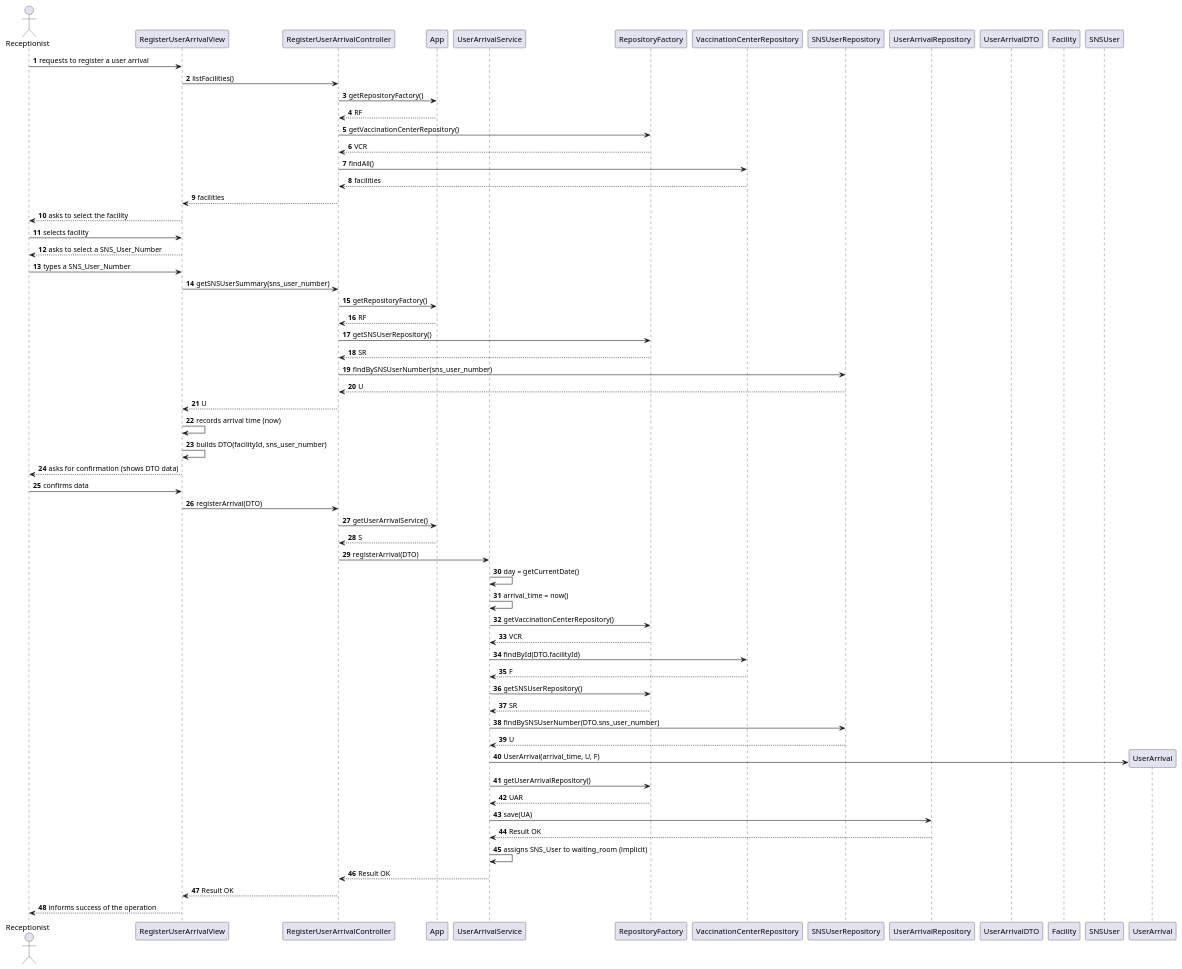
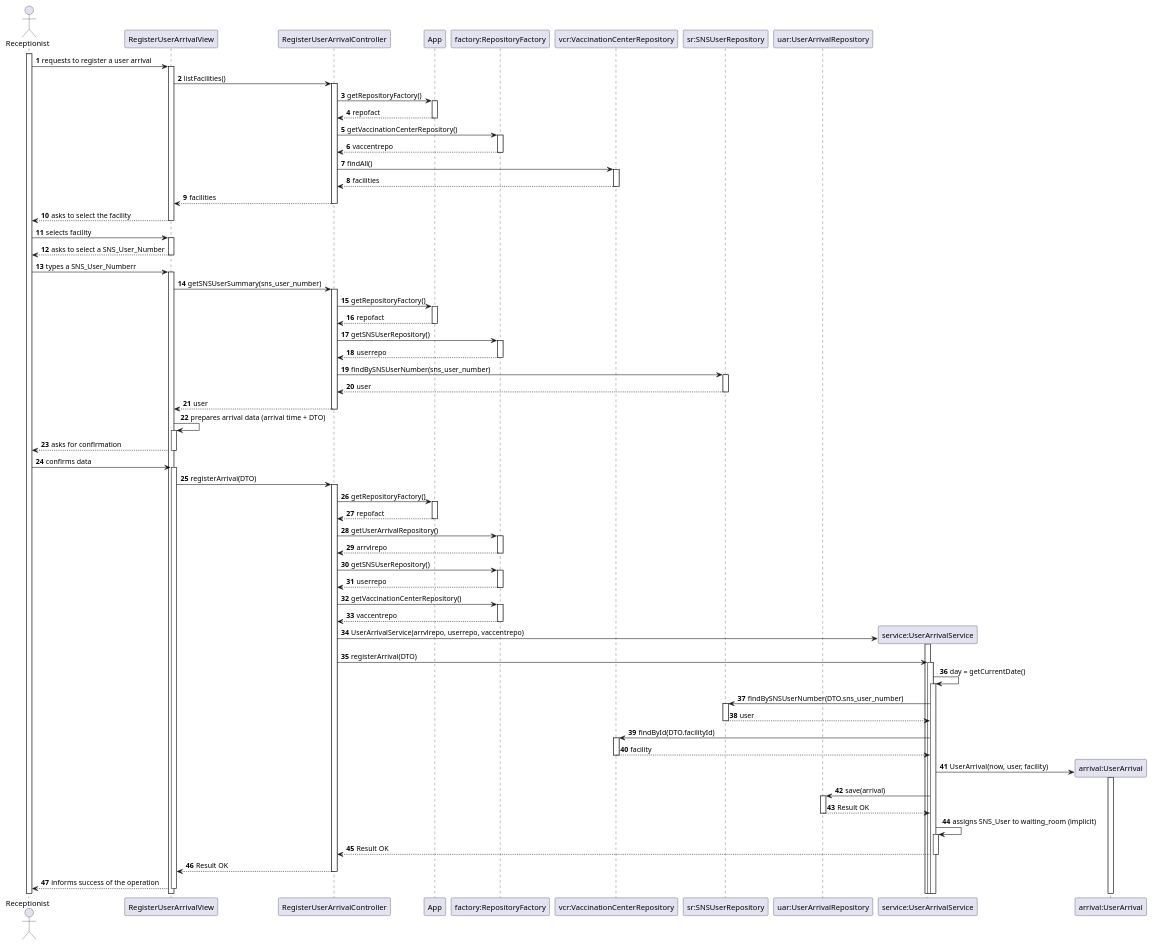
One commit to Parafita123/leti-esoft-25-26-B1 changed the diagram in docs/system-documentation/US22/puml/US22-SD.puml. Above: the diagram before and after it, drawn with PlantUML. The commit also changed 250 other files, not shown here.

Commit message:
US13 corrigida, criação do serviço na app e DTO usado na listagem de objetos, criaçao do diretorio de testes.

```diff
--- a/docs/system-documentation/US22/puml/US22-SD.puml
+++ b/docs/system-documentation/US22/puml/US22-SD.puml
@@ -1,86 +1,86 @@
 @startuml
-
+'https://plantuml.com/sequence-diagram
+autoactivate on
 autonumber
-actor Receptionist as R
-
-participant RegisterUserArrivalView as V
-participant RegisterUserArrivalController as C
-participant App as A
-participant UserArrivalService as S
-
-participant "RepositoryFactory" as RF
-participant "VaccinationCenterRepository" as VCR
-participant "SNSUserRepository" as SR
-participant "UserArrivalRepository" as UAR
-
-participant "UserArrivalDTO" as DTO
-participant "Facility" as F
-participant "SNSUser" as U
-participant "UserArrival" as UA
 
 
-R -> V: requests to register a user arrival
-V -> C: listFacilities()
-C -> A: getRepositoryFactory()
-A --> C: RF
-C -> RF: getVaccinationCenterRepository()
-RF --> C: VCR
-C -> VCR: findAll()
-VCR --> C: facilities
-C --> V: facilities
+actor Receptionist as recep
+participant RegisterUserArrivalView as View
+participant RegisterUserArrivalController as controller
+participant App as app
 
-V --> R: asks to select the facility
-R -> V: selects facility
+activate recep
+
+participant "factory:RepositoryFactory" as repofact
+participant "vcr:VaccinationCenterRepository" as vaccentrepo
+participant "sr:SNSUserRepository" as userrepo
+participant "uar:UserArrivalRepository" as arrvlrepo
+
+participant "service:UserArrivalService" as service
+participant "arrival:UserArrival" as arrival
 
 
-V --> R:  asks to select a SNS_User_Number
-R -> V: types a SNS_User_Number
+recep -> View: requests to register a user arrival
 
-V -> C: getSNSUserSummary(sns_user_number)
-C -> A: getRepositoryFactory()
-A --> C: RF
-C -> RF: getSNSUserRepository()
-RF --> C: SR
-C -> SR: findBySNSUserNumber(sns_user_number)
-SR --> C: U
-C --> V: U
+View -> controller: listFacilities()
+controller -> app: getRepositoryFactory()
+app --> controller: repofact
+controller -> repofact: getVaccinationCenterRepository()
+repofact --> controller: vaccentrepo
+controller -> vaccentrepo: findAll()
+vaccentrepo --> controller: facilities
+controller --> View: facilities
 
-V -> V: records arrival time (now)
+View --> recep: asks to select the facility
+recep -> View: selects facility
 
-V -> V: builds DTO(facilityId, sns_user_number)
-V --> R: asks for confirmation (shows DTO data)
-R -> V: confirms data
+View --> recep: asks to select a SNS_User_Number
+recep -> View:  types a SNS_User_Numberr
 
+View -> controller: getSNSUserSummary(sns_user_number)
+controller -> app: getRepositoryFactory()
+app --> controller: repofact
+controller -> repofact: getSNSUserRepository()
+repofact --> controller: userrepo
+controller -> userrepo: findBySNSUserNumber(sns_user_number)
+userrepo --> controller: user
+controller --> View: user
 
-V -> C: registerArrival(DTO)
-C -> A: getUserArrivalService()
-A --> C: S
-C -> S: registerArrival(DTO)
+View -> View: prepares arrival data (arrival time + DTO)
+View --> recep: asks for confirmation
+recep -> View: confirms data
 
-S -> S: day = getCurrentDate()
-S -> S: arrival_time = now()
+View -> controller: registerArrival(DTO)
 
-S -> RF: getVaccinationCenterRepository()
-RF --> S: VCR
-S -> VCR: findById(DTO.facilityId)
-VCR --> S: F
+controller -> app: getRepositoryFactory()
+app --> controller: repofact
+controller -> repofact: getUserArrivalRepository()
+repofact --> controller: arrvlrepo
+controller -> repofact: getSNSUserRepository()
+repofact --> controller: userrepo
+controller -> repofact: getVaccinationCenterRepository()
+repofact --> controller: vaccentrepo
 
-S -> RF: getSNSUserRepository()
-RF --> S: SR
-S -> SR: findBySNSUserNumber(DTO.sns_user_number)
-SR --> S: U
+create service
+controller -> service: UserArrivalService(arrvlrepo, userrepo, vaccentrepo)
 
-create UA
-S -> UA: UserArrival(arrival_time, U, F)
+controller -> service: registerArrival(DTO)
 
-S -> RF: getUserArrivalRepository()
-RF --> S: UAR
-S -> UAR: save(UA)
-UAR --> S: Result OK
+service -> service: day = getCurrentDate()
+service -> userrepo: findBySNSUserNumber(DTO.sns_user_number)
+userrepo --> service: user
+service -> vaccentrepo: findById(DTO.facilityId)
+vaccentrepo --> service: facility
 
-S -> S: assigns SNS_User to waiting_room (implicit)
-S --> C: Result OK
-C --> V: Result OK
-V --> R: informs success of the operation
+create arrival
+service -> arrival: UserArrival(now, user, facility)
+
+service -> arrvlrepo: save(arrival)
+arrvlrepo --> service: Result OK
+
+service -> service: assigns SNS_User to waiting_room (implicit)
+service --> controller: Result OK
+controller --> View: Result OK
+View --> recep: informs success of the operation
 
 @enduml
```
